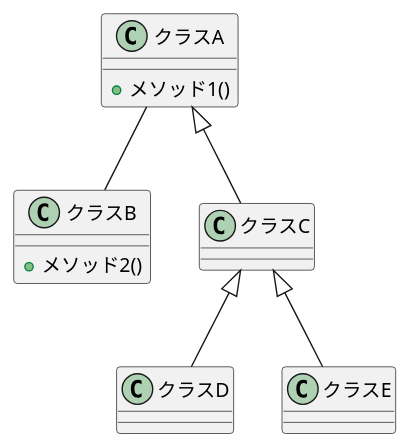
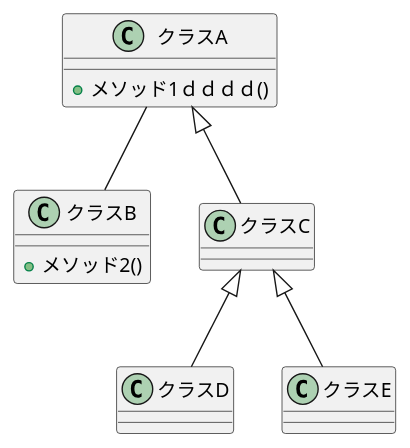
One commit to webkaz/asciidoctor-diagram-liverelode-gradle changed the diagram in src/docs/asciidoc/example-manual.adoc. Above: the diagram before and after it, drawn with PlantUML. The commit also changed other lines of this file and 2 other files, not shown here.

```diff
--- a/src/docs/asciidoc/example-manual.adoc
+++ b/src/docs/asciidoc/example-manual.adoc
@@ -88,20 +150,20 @@
 [plantuml, classediagram, svg]
 ....
 skinparam defaultFontName "MeiryoUI"
 class "クラスA" {
-  +メソッド1()
+  +メソッド1ｄｄｄｄ()
 }
 class "クラスB" {
   +メソッド2()
 }
 class "クラスC" {
 }
 class "クラスD" {
 }
 class "クラスE" {
 }
 "クラスA" -- "クラスB"
 "クラスA" <|-- "クラスC"
 "クラスC" <|-- "クラスD"
 "クラスC" <|-- "クラスE"
 ....
```
